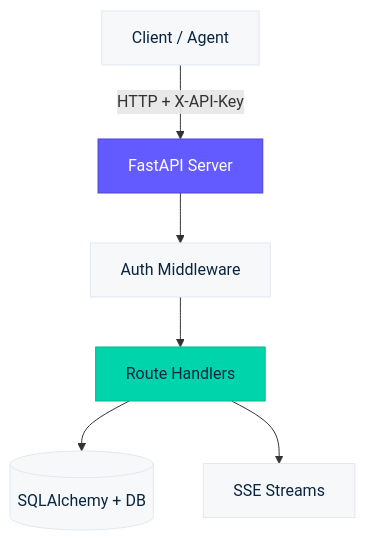
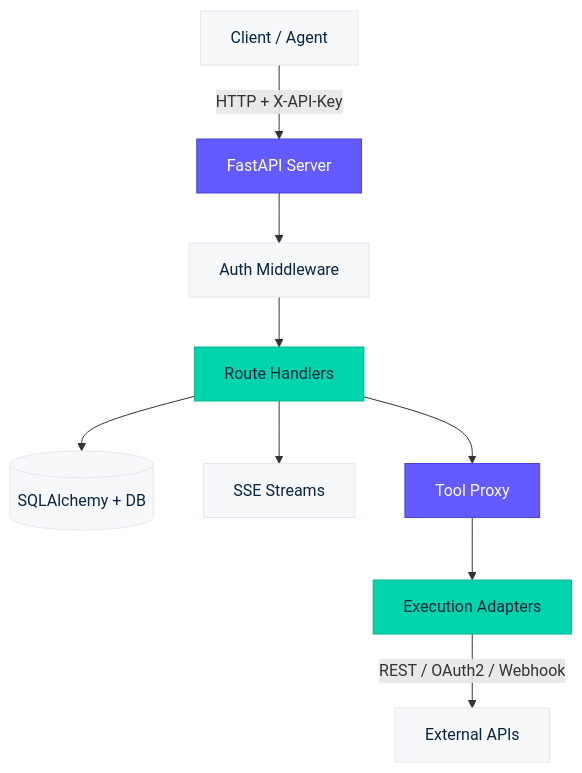
One commit to openintent-ai/openintent changed the diagram in docs/guide/server.md. Above: the diagram before and after it, drawn with Mermaid. The commit also changed other lines of this file and 44 other files, not shown here.

````diff
--- a/docs/guide/server.md
+++ b/docs/guide/server.md
@@ -162,15 +173,21 @@
 ```mermaid
 graph TD
     C[Client / Agent] -->|"HTTP + X-API-Key"| S[FastAPI Server]
     S --> Auth[Auth Middleware]
     Auth --> R[Route Handlers]
     R --> DB[(SQLAlchemy + DB)]
     R --> SSE[SSE Streams]
+    R --> TP[Tool Proxy]
+    TP --> EA[Execution Adapters]
+    EA -->|"REST / OAuth2 / Webhook"| EXT[External APIs]
 
     style C fill:#f6f8fa,stroke:#e3e8ee,color:#0a2540
     style S fill:#635bff,stroke:#4b44d1,color:#fff
     style Auth fill:#f6f8fa,stroke:#e3e8ee,color:#0a2540
     style R fill:#00d4aa,stroke:#00b894,color:#0a2540
     style DB fill:#f6f8fa,stroke:#e3e8ee,color:#0a2540
     style SSE fill:#f6f8fa,stroke:#e3e8ee,color:#0a2540
+    style TP fill:#635bff,stroke:#4b44d1,color:#fff
+    style EA fill:#00d4aa,stroke:#00b894,color:#0a2540
+    style EXT fill:#f6f8fa,stroke:#e3e8ee,color:#0a2540
 ```
````
